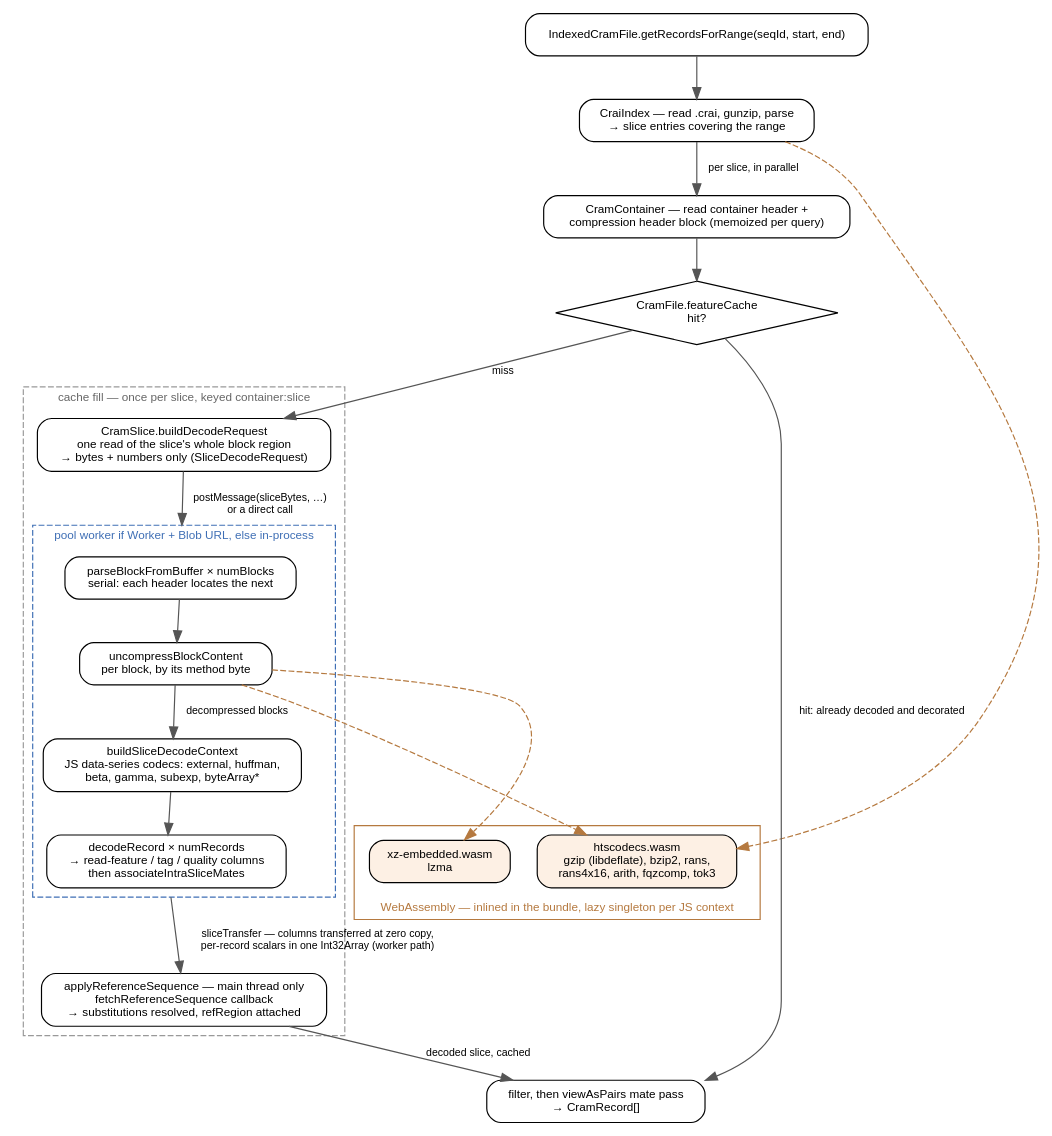
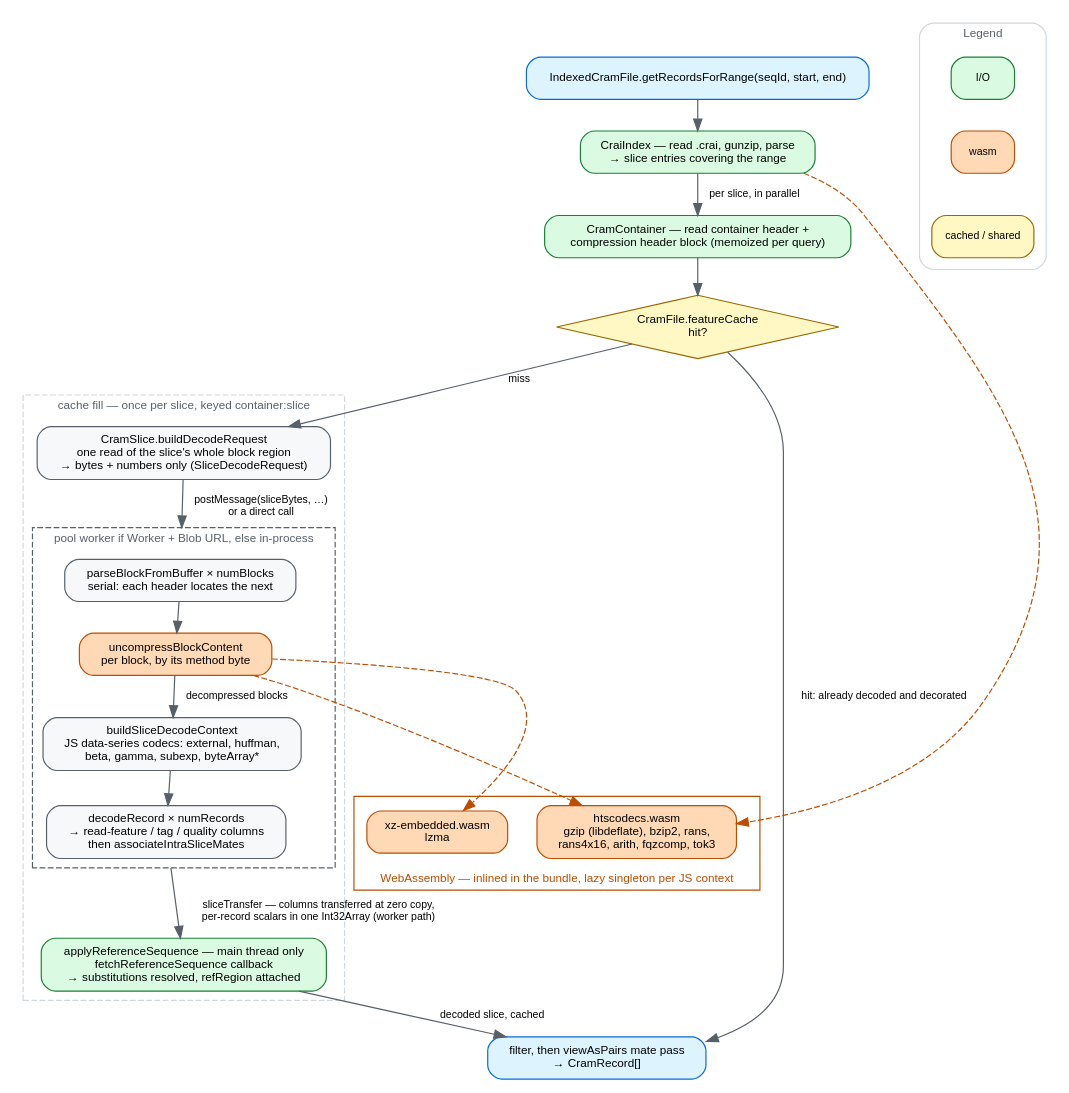
The diagram in docs/img/dataflow.dot (GMOD/cram-js), drawn with Graphviz before and after one commit. The commit also changed 1 other file, not shown here.

Commit message:
Restyle cram dataflow diagram to match bam-js/tabix-js palette and legend

```diff
--- a/docs/img/dataflow.dot
+++ b/docs/img/dataflow.dot
@@ -1,60 +1,89 @@
+// Source for docs/img/dataflow.svg, which README.md embeds.
+// Regenerate with: dot -Tsvg docs/img/dataflow.dot -o docs/img/dataflow.svg
+//
+// Palette matches bam-js/tabix-js docs/img/dataflow.dot: blue for entry/exit,
+// green for I/O, orange for wasm, yellow for cached/shared state. cram's
+// decode path has real internal structure (cache fill, worker pool, JS
+// codecs), so unlike the other two this diagram keeps that structure instead
+// of collapsing to a single spine — the clusters are that structure, not
+// decoration.
 digraph cram {
   rankdir=TB
   compound=true
   newrank=true
+  bgcolor="white"
+  nodesep=0.3
+  ranksep=0.36
   fontname="Helvetica"
-  node [shape=box style=rounded fontname="Helvetica" fontsize=10 margin="0.14,0.08"]
-  edge [fontname="Helvetica" fontsize=9 color="#555555"]
+  node [shape=box style="filled,rounded" fillcolor="#f6f8fa" color="#57606a"
+        fontname="Helvetica" fontsize=10 margin="0.14,0.08"]
+  edge [fontname="Helvetica" fontsize=9 color="#57606a"]
 
-  query [label="IndexedCramFile.getRecordsForRange(seqId, start, end)"]
-  crai  [label="CraiIndex — read .crai, gunzip, parse\n→ slice entries covering the range"]
-  cont  [label="CramContainer — read container header +\ncompression header block (memoized per query)"]
-  cache [label="CramFile.featureCache\nhit?" shape=diamond style="" height=0.75 width=2.2]
-  out   [label="filter, then viewAsPairs mate pass\n→ CramRecord[]"]
+  query [label="IndexedCramFile.getRecordsForRange(seqId, start, end)" fillcolor="#ddf4ff" color="#0969da"]
+  crai  [label="CraiIndex — read .crai, gunzip, parse\n→ slice entries covering the range" fillcolor="#dafbe1" color="#1a7f37"]
+  cont  [label="CramContainer — read container header +\ncompression header block (memoized per query)" fillcolor="#dafbe1" color="#1a7f37"]
+  cache [label="CramFile.featureCache\nhit?" shape=diamond style="filled" fillcolor="#fff8c5" color="#9a6700" height=0.75 width=2.2]
+  out   [label="filter, then viewAsPairs mate pass\n→ CramRecord[]" fillcolor="#ddf4ff" color="#0969da"]
 
   subgraph cluster_fill {
     label="cache fill — once per slice, keyed container:slice"
-    color="#999999" fontcolor="#666666" fontsize=10 style=dashed
+    color="#d0d7de" fontcolor="#57606a" fontsize=10 style=dashed
 
     req [label="CramSlice.buildDecodeRequest\none read of the slice's whole block region\n→ bytes + numbers only (SliceDecodeRequest)"]
 
     subgraph cluster_decode {
       label="pool worker if Worker + Blob URL, else in-process"
-      color="#3f6fb5" fontcolor="#3f6fb5" fontsize=10
+      color="#57606a" fontcolor="#57606a" fontsize=10
 
       walk  [label="parseBlockFromBuffer × numBlocks\nserial: each header locates the next"]
-      uncmp [label="uncompressBlockContent\nper block, by its method byte"]
+      uncmp [label="uncompressBlockContent\nper block, by its method byte" fillcolor="#ffd8b5" color="#bc4c00"]
       ctx   [label="buildSliceDecodeContext\nJS data-series codecs: external, huffman,\nbeta, gamma, subexp, byteArray*"]
       recs  [label="decodeRecord × numRecords\n→ read-feature / tag / quality columns\nthen associateIntraSliceMates"]
     }
 
-    ref [label="applyReferenceSequence — main thread only\nfetchReferenceSequence callback\n→ substitutions resolved, refRegion attached"]
+    ref [label="applyReferenceSequence — main thread only\nfetchReferenceSequence callback\n→ substitutions resolved, refRegion attached" fillcolor="#dafbe1" color="#1a7f37"]
   }
 
   subgraph cluster_wasm {
     label="WebAssembly — inlined in the bundle, lazy singleton per JS context"
     labelloc=b
-    color="#b5793f" fontcolor="#b5793f" fontsize=10
+    color="#bc4c00" fontcolor="#bc4c00" fontsize=10
 
-    hts [label="htscodecs.wasm\ngzip (libdeflate), bzip2, rans,\nrans4x16, arith, fqzcomp, tok3" style="rounded,filled" fillcolor="#fdf0e4"]
-    xz  [label="xz-embedded.wasm\nlzma" style="rounded,filled" fillcolor="#fdf0e4"]
+    hts [label="htscodecs.wasm\ngzip (libdeflate), bzip2, rans,\nrans4x16, arith, fqzcomp, tok3" style="filled,rounded" fillcolor="#ffd8b5" color="#bc4c00"]
+    xz  [label="xz-embedded.wasm\nlzma" style="filled,rounded" fillcolor="#ffd8b5" color="#bc4c00"]
   }
 
   query -> crai
   crai  -> cont  [label="  per slice, in parallel"]
   cont  -> cache
   cache -> req   [label="  miss"]
   req   -> walk  [label="  postMessage(sliceBytes, …)\n  or a direct call" lhead=cluster_decode]
   walk  -> uncmp
   uncmp -> ctx   [label="  decompressed blocks"]
   ctx   -> recs
   recs  -> ref   [label="  sliceTransfer — columns transferred at zero copy,\n  per-record scalars in one Int32Array (worker path)" ltail=cluster_decode]
   ref   -> out   [label="  decoded slice, cached"]
   cache -> out   [label="  hit: already decoded and decorated"]
 
-  crai  -> hts   [style=dashed color="#b5793f" constraint=false]
-  uncmp -> hts   [style=dashed color="#b5793f" constraint=false]
-  uncmp -> xz    [style=dashed color="#b5793f" constraint=false]
+  crai  -> hts   [style=dashed color="#bc4c00" constraint=false]
+  uncmp -> hts   [style=dashed color="#bc4c00" constraint=false]
+  uncmp -> xz    [style=dashed color="#bc4c00" constraint=false]
 
   { rank=same; recs; hts; xz }
+
+  subgraph cluster_legend {
+    label="Legend"
+    labelloc="t"
+    fontname="Helvetica"
+    fontsize=10
+    fontcolor="#57606a"
+    color="#d0d7de"
+    style="rounded"
+    margin=10
+    node [shape=box style="filled,rounded" fontsize=9 margin="0.1,0.04"]
+    l1 [label="I/O" fillcolor="#dafbe1" color="#1a7f37"]
+    l2 [label="wasm" fillcolor="#ffd8b5" color="#bc4c00"]
+    l3 [label="cached / shared" fillcolor="#fff8c5" color="#9a6700"]
+    l1 -> l2 -> l3 [style=invis]
+  }
 }
```
